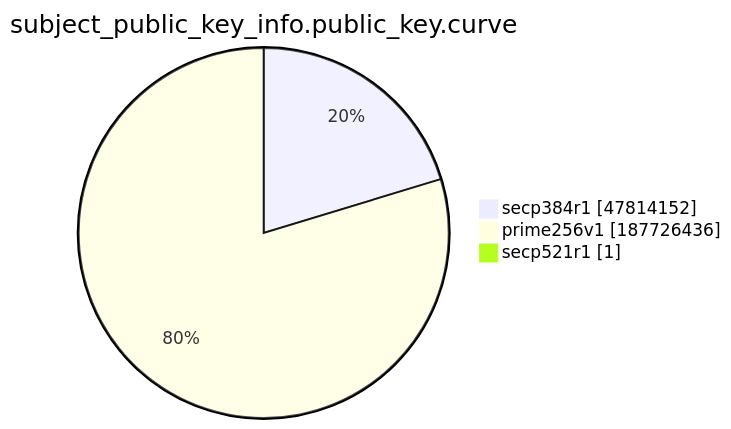
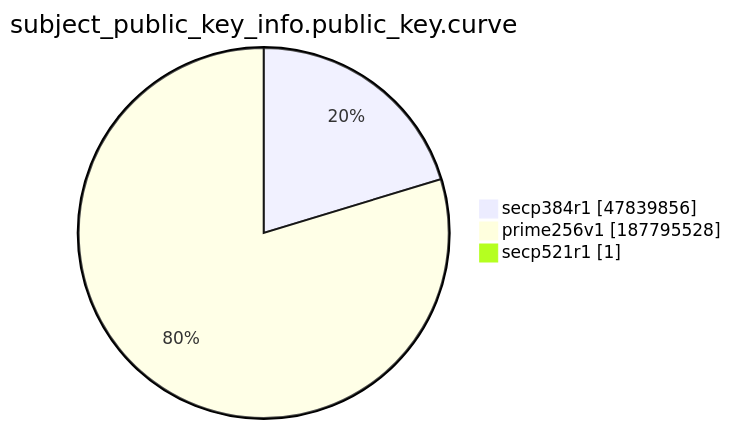
The ninth of 15 diagrams in xenon2022/README.md (christiankrug/ctmonitor_visualization), drawn with Mermaid before and after one commit. The commit also changed other lines of this file, not shown here.

````diff
--- a/xenon2022/README.md
+++ b/xenon2022/README.md
@@ -2874,7 +2874,7 @@
 ```mermaid
 pie showData
 title subject_public_key_info.public_key.curve
-"secp384r1" :47814152
-"prime256v1" :187726436
+"secp384r1" :47839856
+"prime256v1" :187795528
 "secp521r1" :1
 ```
````
